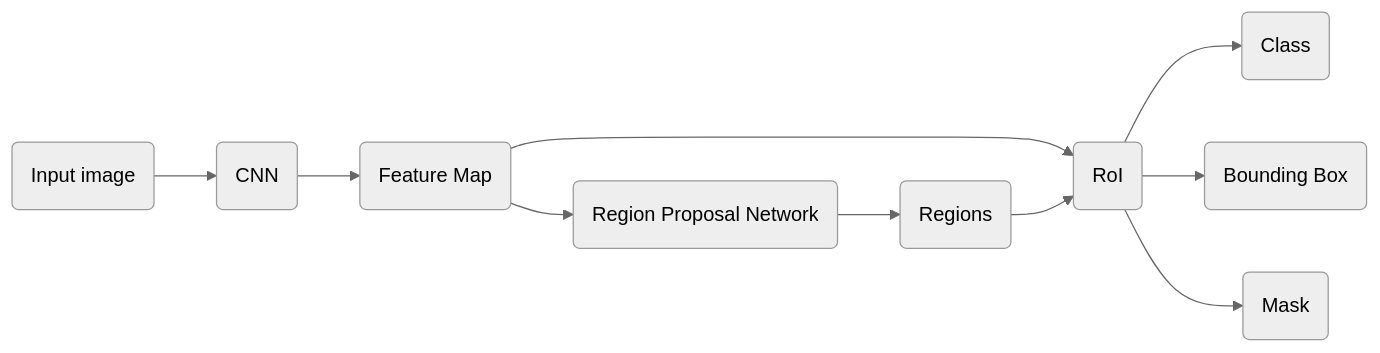
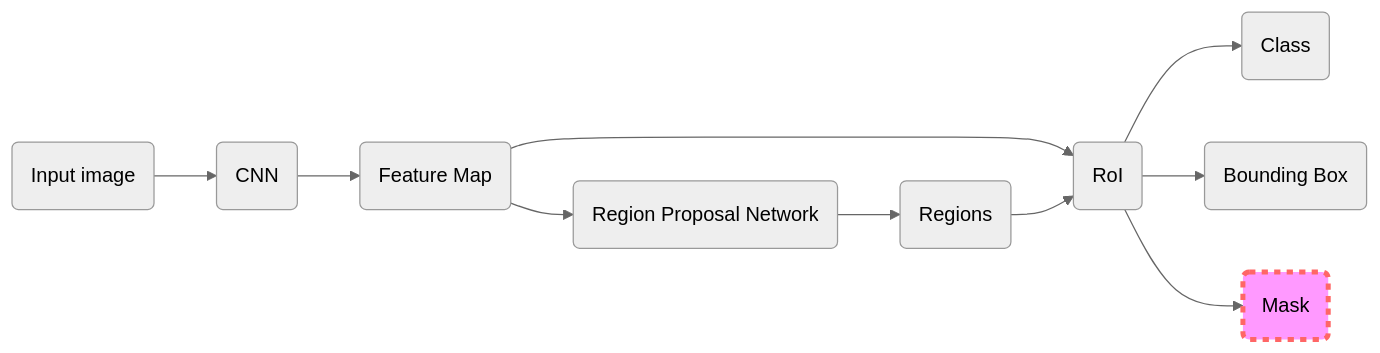
Before and after one commit to rzadp/badminton-monorepo: the diagram in thesis/chapters/podejscie/mask_r-cnn/mask_r-cnn.mmd, drawn with Mermaid (neutral theme). The commit also changed 1 other file, not shown here.

```diff
--- a/thesis/chapters/podejscie/mask_r-cnn/mask_r-cnn.mmd
+++ b/thesis/chapters/podejscie/mask_r-cnn/mask_r-cnn.mmd
@@ -1,24 +1,32 @@
 graph LR
+
+%% ...::: NODES :::...
 
 input(Input image)
 cnn(CNN)
 feature_map(Feature Map)
 rpn(Region Proposal Network)
 regions(Regions)
 roi(RoI)
 
 clas(Class)
 bounding_box(Bounding Box)
 mask(Mask)
 
+%% ...::: STYLING :::...
+
+style mask fill:#f9f,stroke:#f66,stroke-width:4px,stroke-dasharray: 5, 5
+
+%% ...::: FLOWS :::...
+
 input-->cnn
 cnn-->feature_map
 feature_map-->rpn
 rpn-->regions
 
 feature_map-->roi
 regions-->roi
 
 roi-->clas
 roi-->bounding_box
 roi-->mask
```
